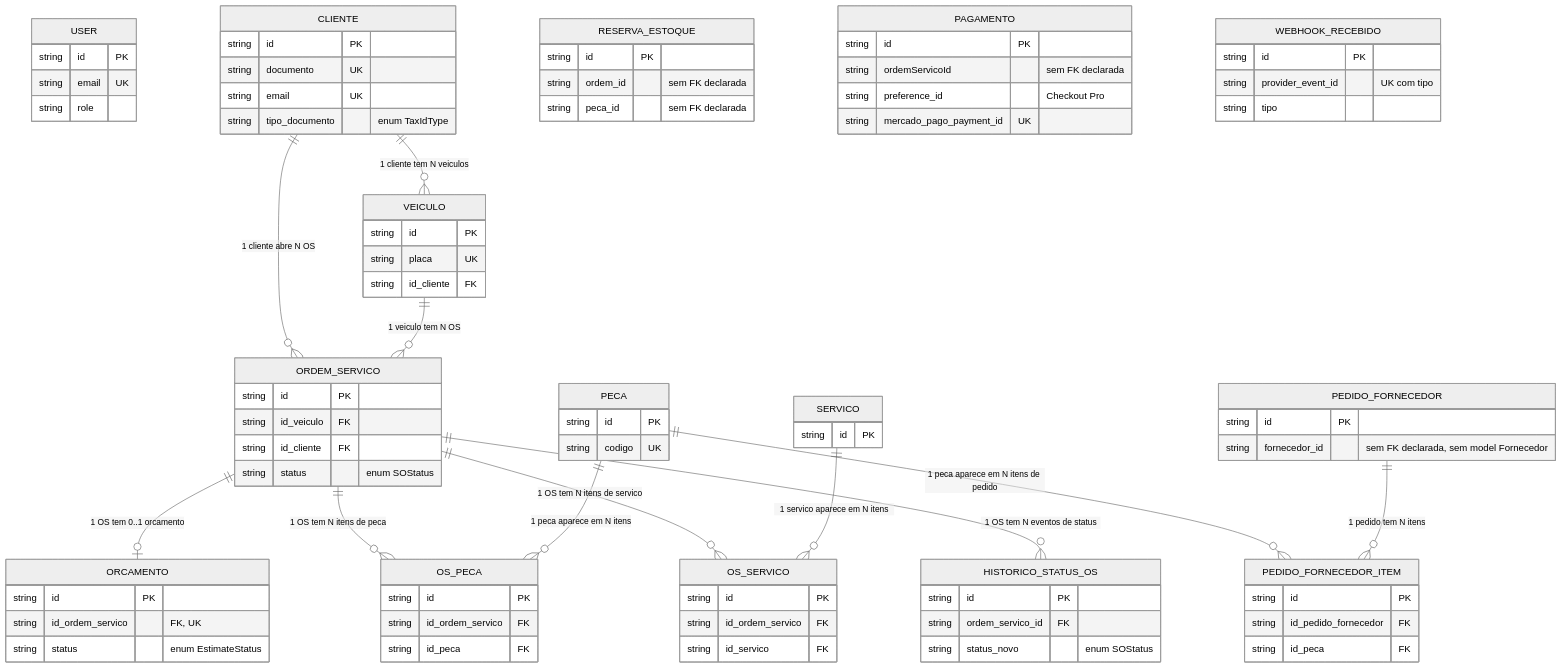
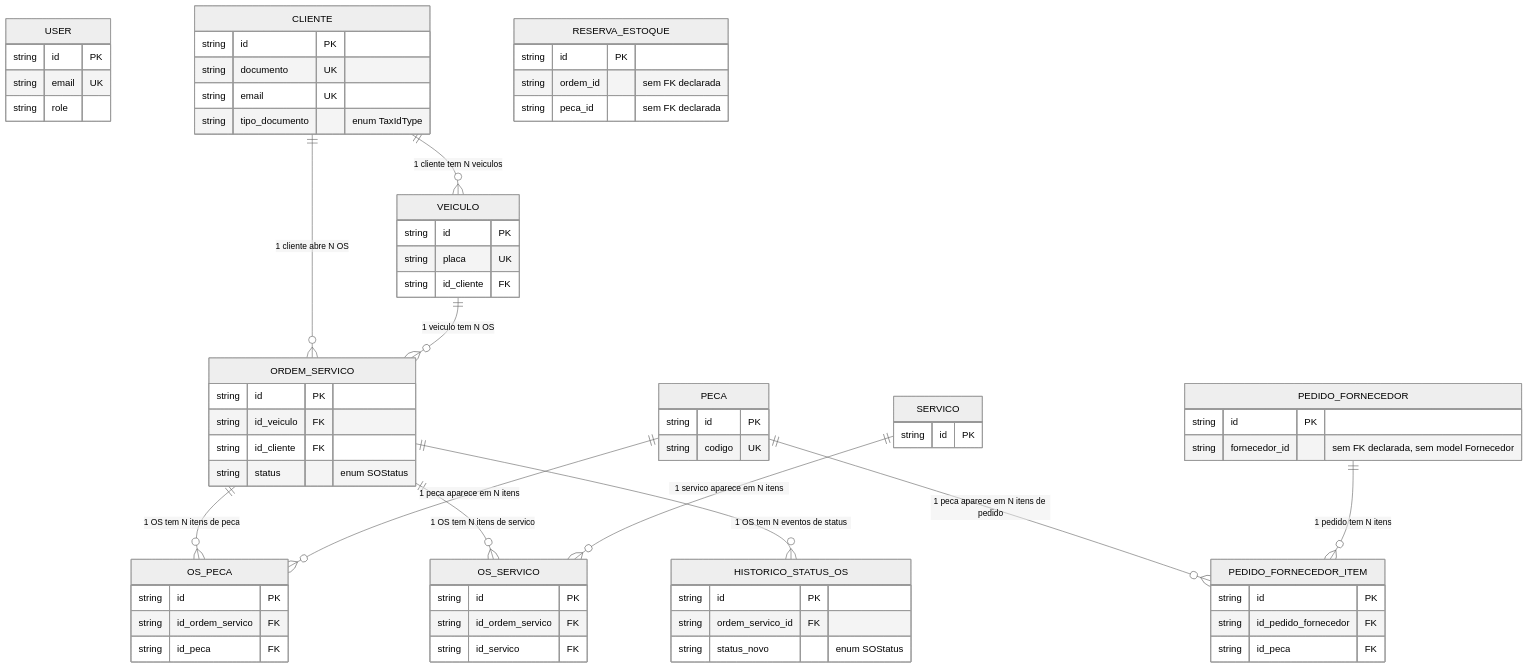
One commit to Async-And-Furious/async-furious-project changed the diagram in docs/infrastructure/database.md. Above: the diagram before and after it, drawn with Mermaid (neutral theme). The commit also changed other lines of this file and 6 other files, not shown here.

```diff
--- a/docs/infrastructure/database.md
+++ b/docs/infrastructure/database.md
@@ -52,12 +52,6 @@
         string id_veiculo FK
         string id_cliente FK
         string status "enum SOStatus"
-    }
-
-    ORCAMENTO {
-        string id PK
-        string id_ordem_servico "FK, UK"
-        string status "enum EstimateStatus"
     }
 
     PECA {
@@ -98,19 +92,6 @@
         string peca_id "sem FK declarada"
     }
 
-    PAGAMENTO {
-        string id PK
-        string ordemServicoId "sem FK declarada"
-        string preference_id "Checkout Pro"
-        string mercado_pago_payment_id UK
-    }
-
-    WEBHOOK_RECEBIDO {
-        string id PK
-        string provider_event_id "UK com tipo"
-        string tipo
-    }
-
     HISTORICO_STATUS_OS {
         string id PK
         string ordem_servico_id FK
@@ -120,7 +101,6 @@
     CLIENTE ||--o{ VEICULO : "1 cliente tem N veiculos"
     CLIENTE ||--o{ ORDEM_SERVICO : "1 cliente abre N OS"
     VEICULO ||--o{ ORDEM_SERVICO : "1 veiculo tem N OS"
-    ORDEM_SERVICO ||--o| ORCAMENTO : "1 OS tem 0..1 orcamento"
     ORDEM_SERVICO ||--o{ OS_PECA : "1 OS tem N itens de peca"
     ORDEM_SERVICO ||--o{ OS_SERVICO : "1 OS tem N itens de servico"
     ORDEM_SERVICO ||--o{ HISTORICO_STATUS_OS : "1 OS tem N eventos de status"
```
